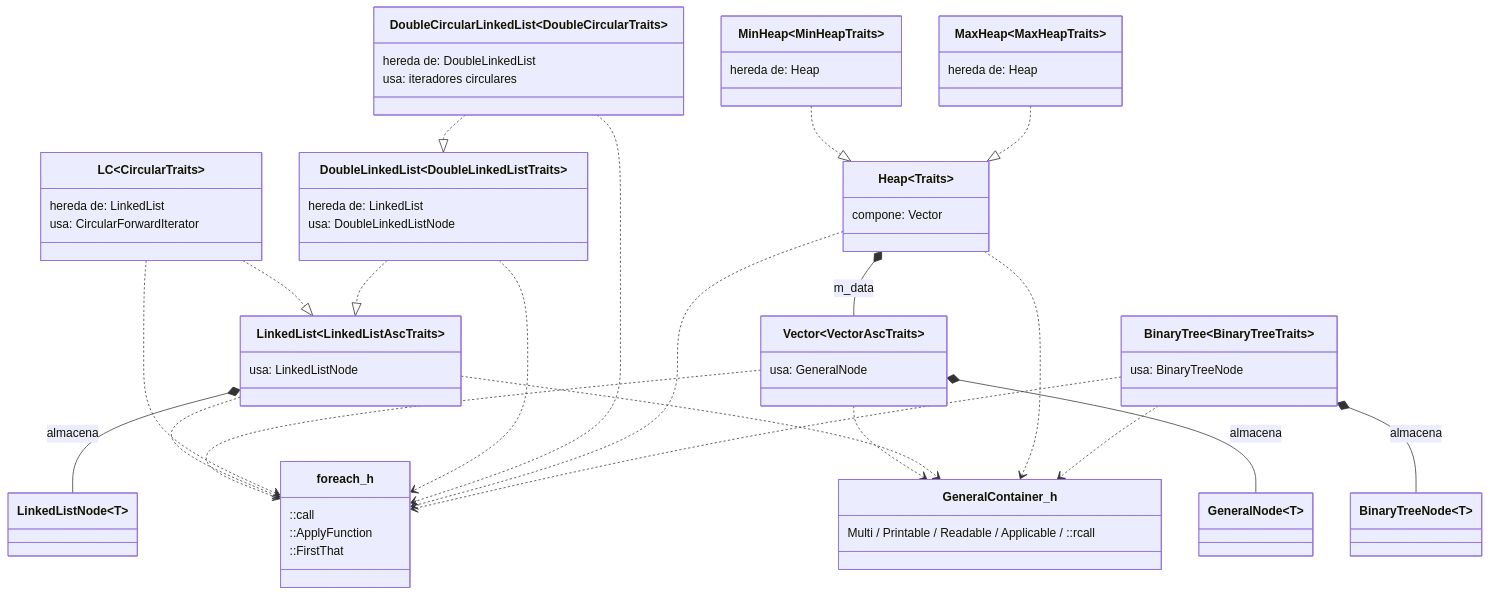
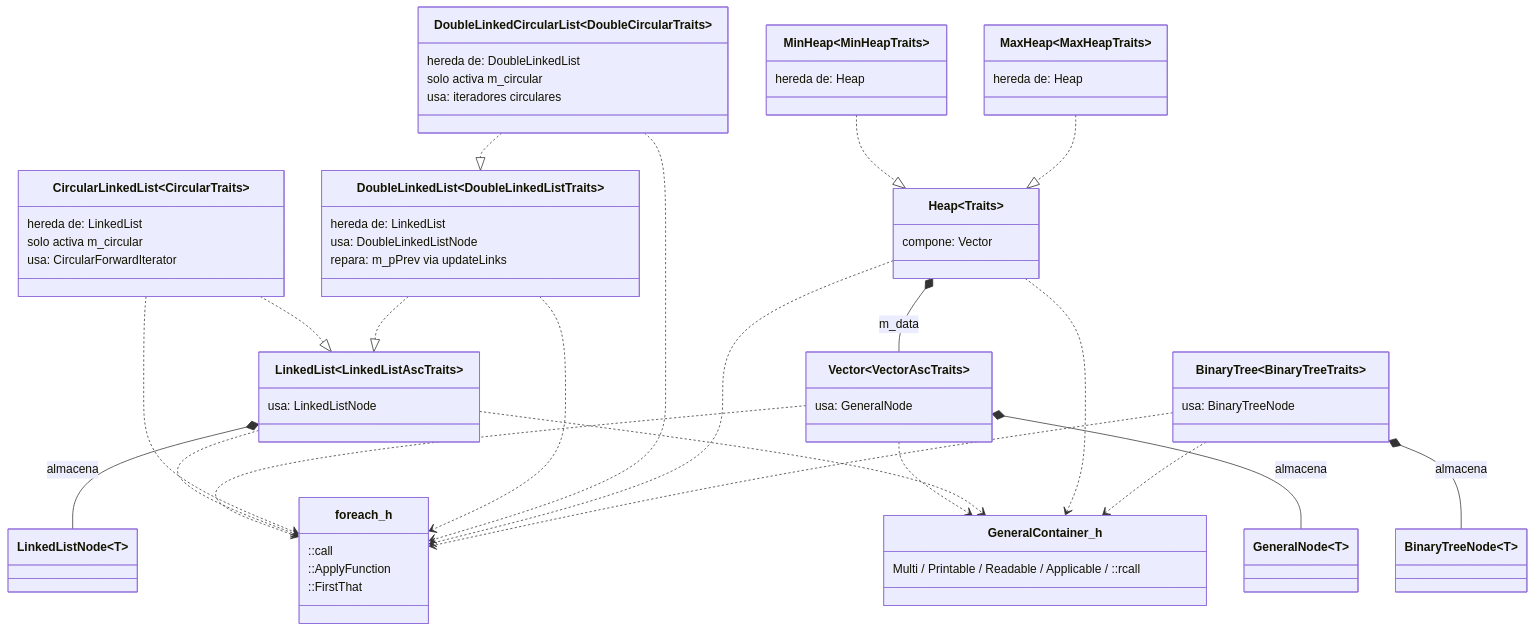
The sixth of 6 diagrams in docs/jerarquias-clases.md (PieroVioleta/2026-II-CS-UNI-CC0E5-AEDAv), drawn with Mermaid before and after one commit. The commit also changed other lines of this file and 5 other files, not shown here.

````diff
--- a/docs/jerarquias-clases.md
+++ b/docs/jerarquias-clases.md
@@ -282,61 +281,64 @@
 ```mermaid
 classDiagram
     class Vector~VectorAscTraits~ {
         usa: GeneralNode
     }
     class LinkedList~LinkedListAscTraits~ {
         usa: LinkedListNode
     }
-    class LC~CircularTraits~ {
+    class CircularLinkedList~CircularTraits~ {
         hereda de: LinkedList
+        solo activa m_circular
         usa: CircularForwardIterator
     }
     class DoubleLinkedList~DoubleLinkedListTraits~ {
         hereda de: LinkedList
         usa: DoubleLinkedListNode
+        repara: m_pPrev via updateLinks
     }
-    class DoubleCircularLinkedList~DoubleCircularTraits~ {
+    class DoubleLinkedCircularList~DoubleCircularTraits~ {
         hereda de: DoubleLinkedList
+        solo activa m_circular
         usa: iteradores circulares
     }
     class Heap~Traits~ {
         compone: Vector
     }
     class MinHeap~MinHeapTraits~ {
         hereda de: Heap
     }
     class MaxHeap~MaxHeapTraits~ {
         hereda de: Heap
     }
     class BinaryTree~BinaryTreeTraits~ {
         usa: BinaryTreeNode
     }
     class foreach_h {
         ::call
         ::ApplyFunction
         ::FirstThat
     }
     class GeneralContainer_h {
         Multi / Printable / Readable / Applicable / ::rcall
     }
     Vector~VectorAscTraits~ *-- GeneralNode~T~ : almacena
     LinkedList~LinkedListAscTraits~ *-- LinkedListNode~T~ : almacena
-    LC~CircularTraits~ ..|> LinkedList~LinkedListAscTraits~
+    CircularLinkedList~CircularTraits~ ..|> LinkedList~LinkedListAscTraits~
     DoubleLinkedList~DoubleLinkedListTraits~ ..|> LinkedList~LinkedListAscTraits~
-    DoubleCircularLinkedList~DoubleCircularTraits~ ..|> DoubleLinkedList~DoubleLinkedListTraits~
+    DoubleLinkedCircularList~DoubleCircularTraits~ ..|> DoubleLinkedList~DoubleLinkedListTraits~
     Heap~Traits~ *-- Vector~Traits~ : m_data
     MinHeap~MinHeapTraits~ ..|> Heap~Traits~
     MaxHeap~MaxHeapTraits~ ..|> Heap~Traits~
     BinaryTree~BinaryTreeTraits~ *-- BinaryTreeNode~T~ : almacena
     Vector~VectorAscTraits~ ..> foreach_h
     LinkedList~LinkedListAscTraits~ ..> foreach_h
-    LC~CircularTraits~ ..> foreach_h
+    CircularLinkedList~CircularTraits~ ..> foreach_h
     DoubleLinkedList~DoubleLinkedListTraits~ ..> foreach_h
-    DoubleCircularLinkedList~DoubleCircularTraits~ ..> foreach_h
+    DoubleLinkedCircularList~DoubleCircularTraits~ ..> foreach_h
     Heap~Traits~ ..> foreach_h
     BinaryTree~BinaryTreeTraits~ ..> foreach_h
     Vector~VectorAscTraits~ ..> GeneralContainer_h
     LinkedList~LinkedListAscTraits~ ..> GeneralContainer_h
     Heap~Traits~ ..> GeneralContainer_h
     BinaryTree~BinaryTreeTraits~ ..> GeneralContainer_h
 ```
````
